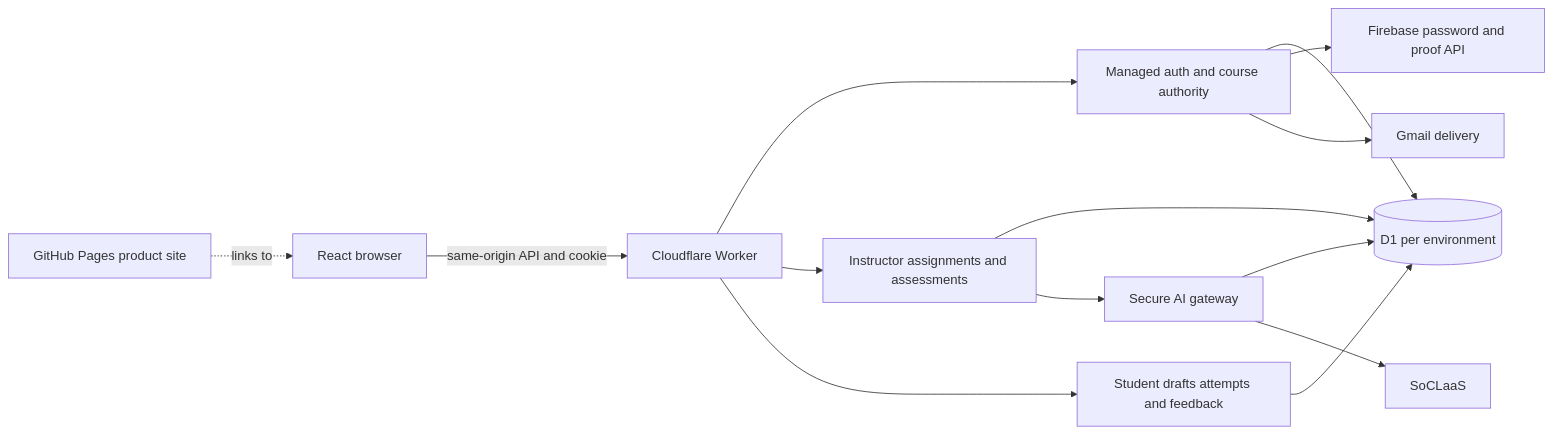
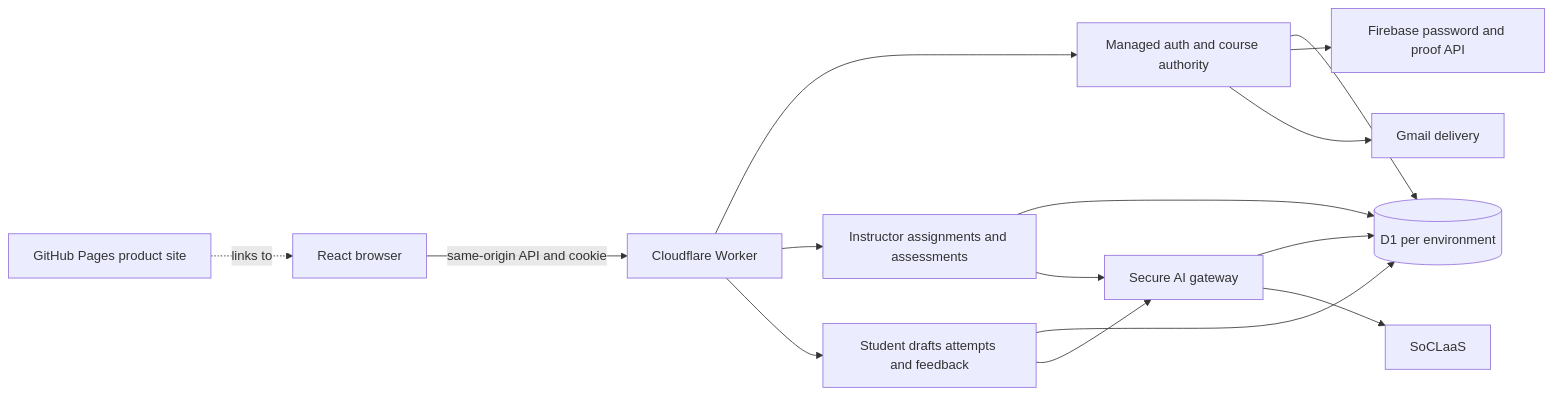
One commit to CS3227-2610-MP4-codewise/CS3227-2610-MP4 changed the first of 7 diagrams in docs/DeveloperGuide.md. Above: the diagram before and after it, drawn with Mermaid. The commit also changed other lines of this file and 18 other files, not shown here.

````diff
--- a/docs/DeveloperGuide.md
+++ b/docs/DeveloperGuide.md
@@ -11,16 +11,17 @@
 ```mermaid
 flowchart LR
   B[React browser] -->|same-origin API and cookie| W[Cloudflare Worker]
   W --> A[Managed auth and course authority]
   W --> I[Instructor assignments and assessments]
   W --> S[Student drafts attempts and feedback]
   A --> DB[(D1 per environment)]
   I --> DB
   S --> DB
   A --> F[Firebase password and proof API]
   A --> G[Gmail delivery]
   I --> AI[Secure AI gateway]
+  S --> AI
   AI --> DB
   AI --> L[SoCLaaS]
   P[GitHub Pages product site] -. links to .-> B
 ```
````
